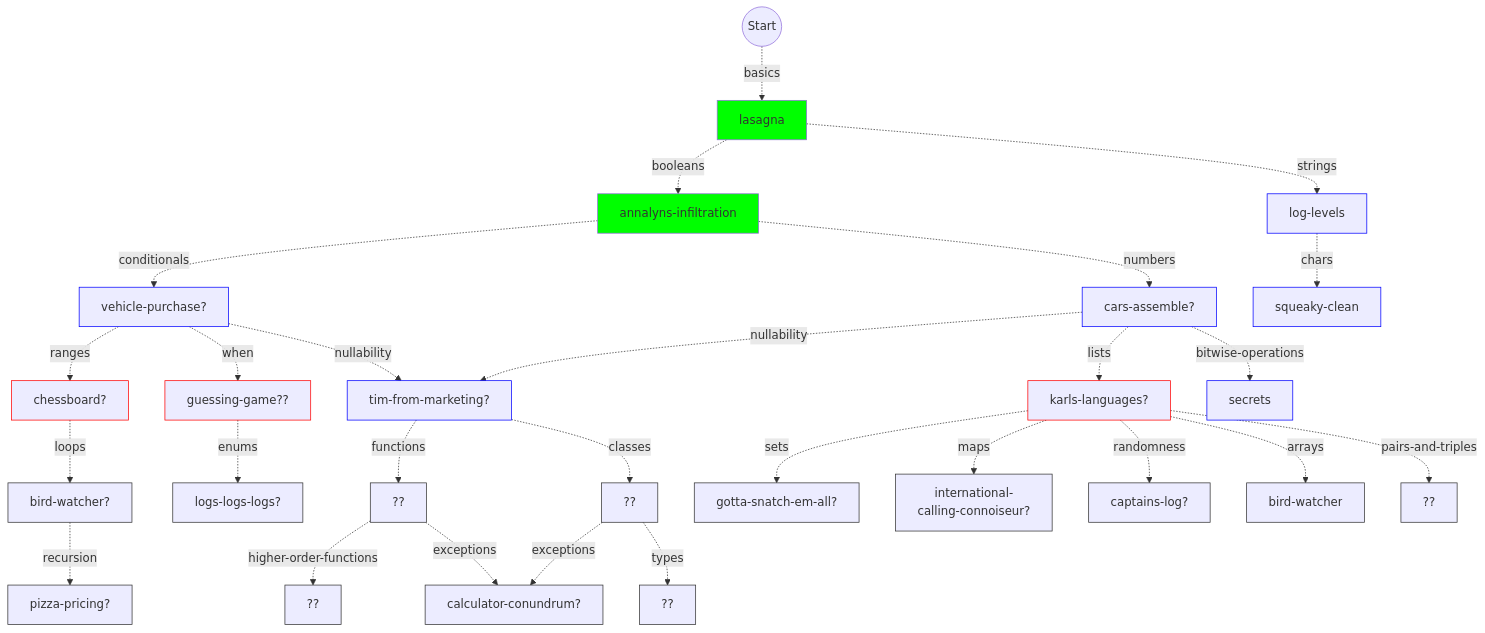
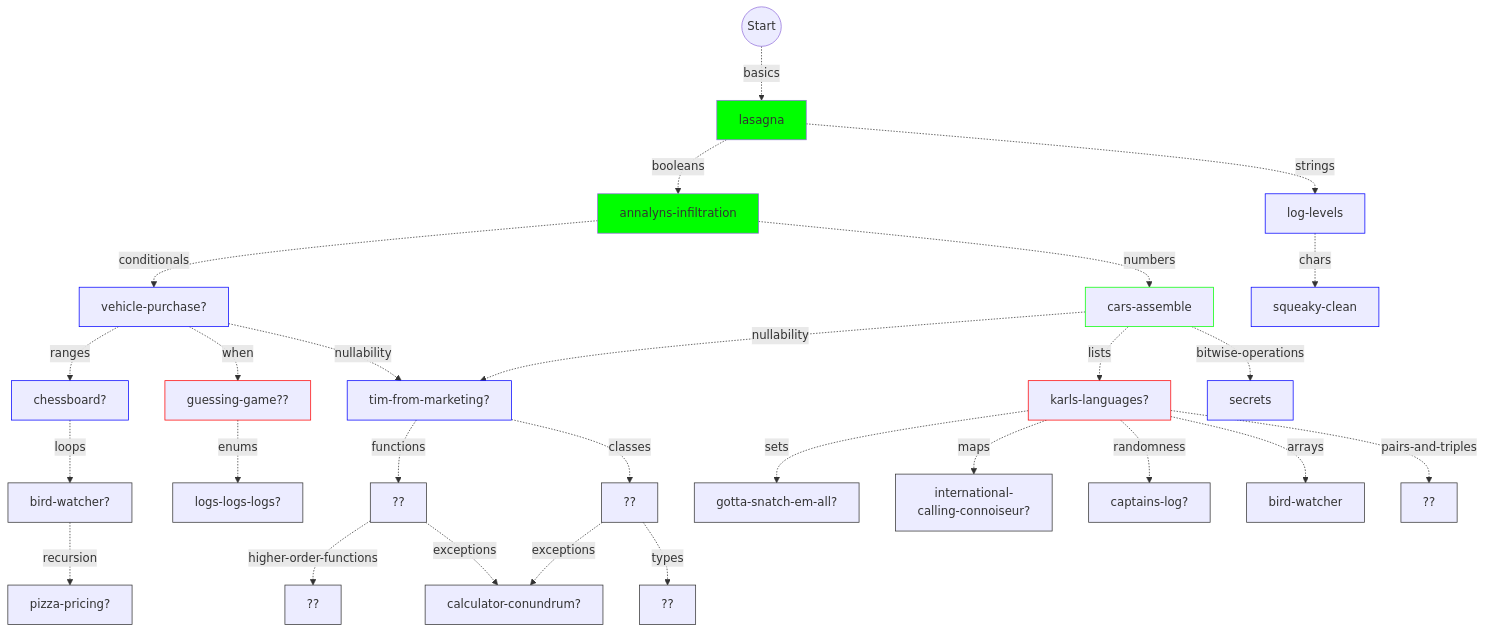
Before and after one commit to colinleach/learning-track-doodles: the diagram in kotlin/flowchart.md, drawn with Mermaid. The commit also changed 4 other files, not shown here.

Commit message:
ranges, flowchart

````diff
--- a/kotlin/flowchart.md
+++ b/kotlin/flowchart.md
@@ -13,79 +13,79 @@
 ```mermaid
 graph TD
     
 start(("Start")) -.basics.-> basics["lasagna"]
 style basics fill:#0f0
 
 basics -.booleans.-> booleans["annalyns-infiltration"]
 style booleans fill:#0f0
 
 basics -.strings.-> strings["log-levels"]
 style strings stroke:#00f
 
 strings -.chars.-> chars["squeaky-clean"]
 style chars stroke:#00f
 
 booleans -.conditionals.-> conditionals["vehicle-purchase?"]
 style conditionals stroke:#00f
 
-booleans -.numbers.-> numbers["cars-assemble?"]
-style numbers stroke:#00f
+booleans -.numbers.-> numbers["cars-assemble"]
+style numbers stroke:#0f0
 
 conditionals -.ranges.-> ranges["chessboard?"]
-style ranges stroke:#f00
+style ranges stroke:#00f
 
 ranges -.loops.-> loops["bird-watcher?"]
 style loops stroke:#333
 
 conditionals -.when.-> when["guessing-game??"]
 style when stroke:#f00
 
 conditionals -.nullability.-> nullability["tim-from-marketing?"]
 numbers -.nullability.-> nullability["tim-from-marketing?"]
 style nullability stroke:#00f
 
 numbers -.lists.-> lists["karls-languages?"]
 style lists stroke:#f00
 
 lists -.sets.-> sets["gotta-snatch-em-all?"]
 style sets stroke:#333
 
 lists -.maps.-> maps["international-<br/>calling-connoiseur?"]
 style maps stroke:#333
 
 lists -.randomness.-> randomness["captains-log?"]
 style randomness stroke:#333
 
 numbers -.bitwise-operations.-> bitwise-operations["secrets"]
 style bitwise-operations stroke:#00f
 
 when -.enums.-> enums["logs-logs-logs?"]
 style enums stroke:#333
 
 lists -.arrays.-> arrays["bird-watcher"]
 style arrays stroke:#333
 
 lists -.pairs-and-triples.-> pairs-and-triples["??"]
 style pairs-and-triples stroke:#333
 
 loops -.recursion.-> recursion["pizza-pricing?"]
 style recursion stroke:#333
 
 nullability -.functions.-> functions["??"]
 style functions stroke:#333
 
 functions -.higher-order-functions.-> higher-order-functions["??"]
 style higher-order-functions stroke:#333
 
 functions -.exceptions.-> exceptions["calculator-conundrum?"]
 classes -.exceptions.-> exceptions["calculator-conundrum?"]
 style exceptions stroke:#333
 
 nullability -.classes.-> classes["??"]
 style classes stroke:#333
 
 classes -.types.-> types["??"]
 style types stroke:#333
 
 
 ```
````
